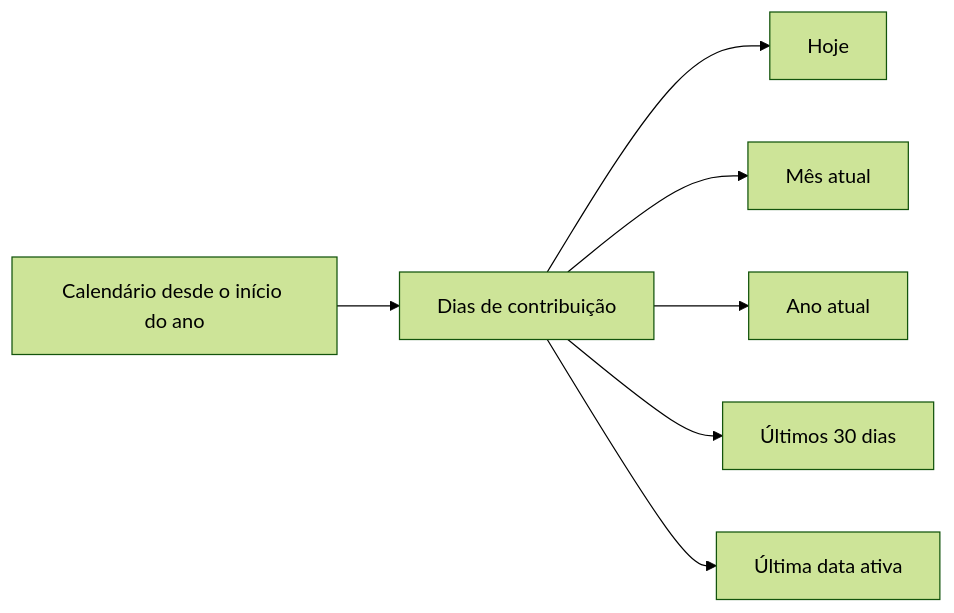
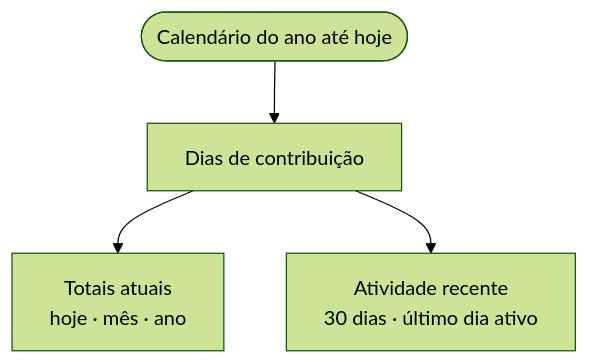
The second of 2 diagrams in web/content/blog/personal-telemetry-from-spotify-and-github.pt-BR.mdx (ErickCReis/ErickCReis), drawn with Mermaid (forest theme) before and after one commit. The commit also changed other lines of this file and 23 other files, not shown here.

Commit message:
Polish Mermaid diagrams across blog posts

````diff
--- a/web/content/blog/personal-telemetry-from-spotify-and-github.pt-BR.mdx
+++ b/web/content/blog/personal-telemetry-from-spotify-and-github.pt-BR.mdx
@@ -116,9 +114,6 @@
 ```mermaid center
-flowchart LR
-  Query["Calendário desde o início do ano"] --> Days["Dias de contribuição"]
-  Days --> Today["Hoje"]
-  Days --> Month["Mês atual"]
-  Days --> Year["Ano atual"]
-  Days --> Window["Últimos 30 dias"]
-  Days --> Last["Última data ativa"]
+flowchart TB
+  Query(["Calendário do ano até hoje"]) --> Days["Dias de contribuição"]
+  Days --> Current["Totais atuais<br/>hoje · mês · ano"]
+  Days --> Recent["Atividade recente<br/>30 dias · último dia ativo"]
 ```
````
